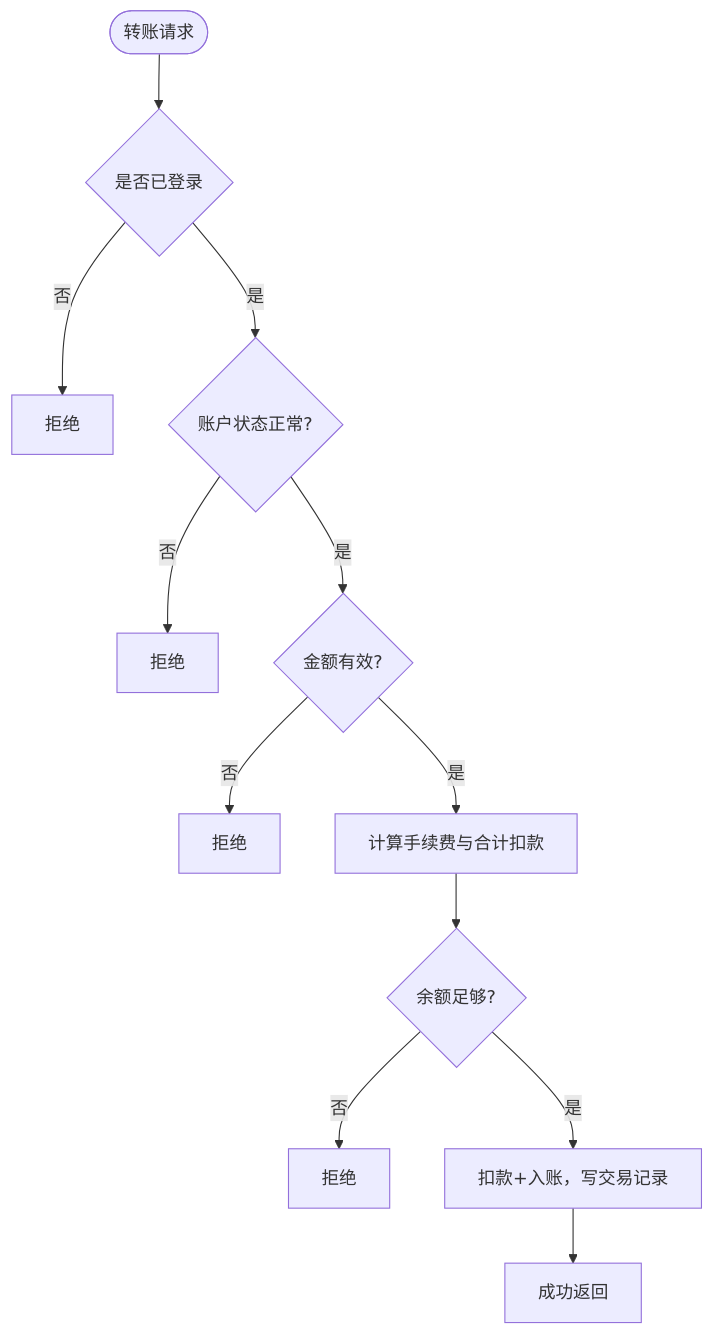
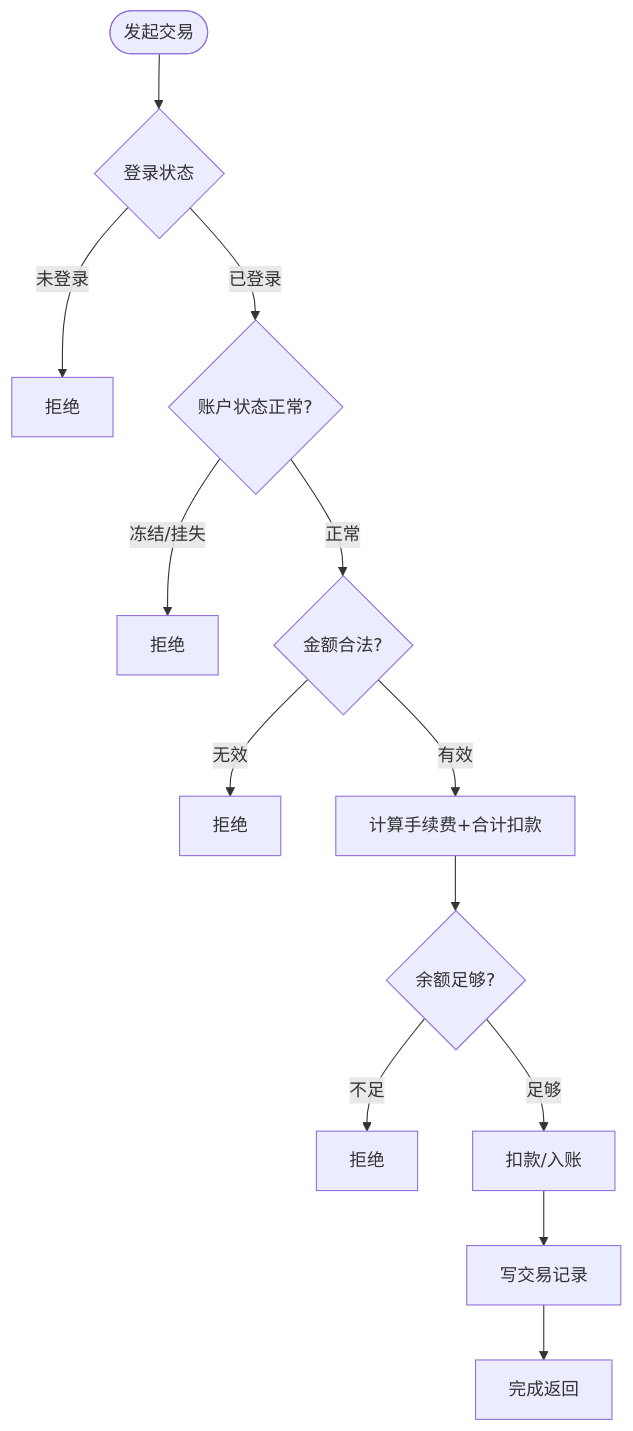
One commit to 233JUREN233/BankMiniSys changed the second of 3 diagrams in README.md. Above: the diagram before and after it, drawn with Mermaid. The commit also changed other lines of this file and 1 other file, not shown here.

````diff
--- a/README.md
+++ b/README.md
@@ -72,14 +92,15 @@
 ```mermaid
 flowchart TD
-    tf_start([转账请求]) --> v_login{是否已登录}
-    v_login -->|否| fail_login[拒绝]
-    v_login -->|是| v_state{账户状态正常?}
-    v_state -->|否| fail_state[拒绝]
-    v_state -->|是| v_amt{金额有效?}
-    v_amt -->|否| fail_amt[拒绝]
-    v_amt -->|是| calc[计算手续费与合计扣款]
-    calc --> v_bal{余额足够?}
-    v_bal -->|否| fail_bal[拒绝]
-    v_bal -->|是| apply[扣款+入账，写交易记录]
-    apply --> ok[成功返回]
+  start_tf([发起交易]) --> v_login{登录状态}
+  v_login -->|未登录| deny_login[拒绝]
+  v_login -->|已登录| v_state{账户状态正常?}
+  v_state -->|冻结/挂失| deny_state[拒绝]
+  v_state -->|正常| v_amount{金额合法?}
+  v_amount -->|无效| deny_amount[拒绝]
+  v_amount -->|有效| calc[计算手续费+合计扣款]
+  calc --> v_balance{余额足够?}
+  v_balance -->|不足| deny_balance[拒绝]
+  v_balance -->|足够| apply[扣款/入账]
+  apply --> log[写交易记录]
+  log --> ok[完成返回]
 ```
````
